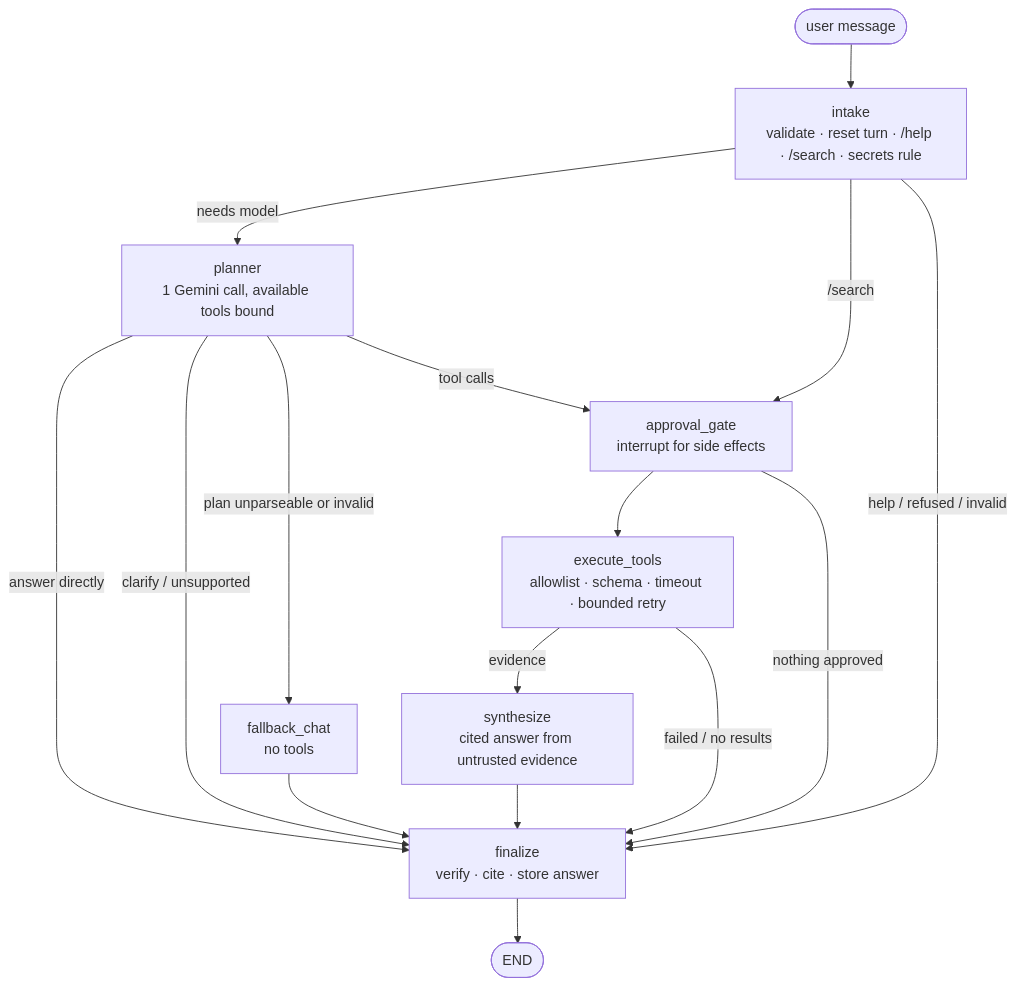
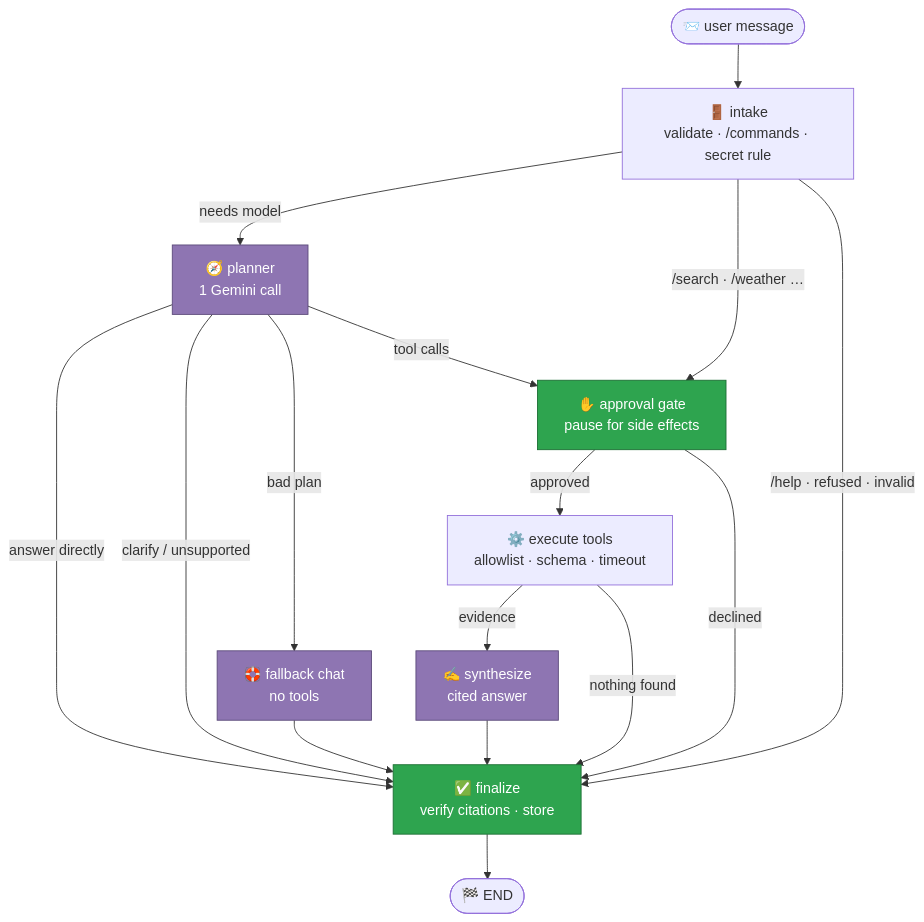
The third of 8 diagrams in README.md (risitasutar/OmniiFlow-AI), drawn with Mermaid before and after one commit. The commit also changed other lines of this file and 1 other file, not shown here.

````diff
--- a/README.md
+++ b/README.md
@@ -718,16 +121,24 @@
 ```mermaid
 flowchart TD
-  S([user message]) --> I[intake<br/>validate · reset turn · /help · /search · secrets rule]
-  I -->|needs model| P[planner<br/>1 Gemini call, available tools bound]
-  I -->|/search| A
-  I -->|help / refused / invalid| F
-  P -->|answer directly| F[finalize<br/>verify · cite · store answer]
+  S([📨 user message]) --> I[🚪 intake<br/>validate · /commands · secret rule]
+  I -->|needs model| P[🧭 planner<br/>1 Gemini call]
+  I -->|/search · /weather …| A
+  I -->|/help · refused · invalid| F
+
+  P -->|answer directly| F
   P -->|clarify / unsupported| F
-  P -->|plan unparseable or invalid| FB[fallback_chat<br/>no tools] --> F
-  P -->|tool calls| A[approval_gate<br/>interrupt for side effects]
-  A --> X[execute_tools<br/>allowlist · schema · timeout · bounded retry]
-  A -->|nothing approved| F
-  X -->|evidence| SY[synthesize<br/>cited answer from untrusted evidence] --> F
-  X -->|failed / no results| F
-  F --> E([END])
+  P -->|bad plan| FB[🛟 fallback chat<br/>no tools] --> F
+  P -->|tool calls| A[✋ approval gate<br/>pause for side effects]
+
+  A -->|approved| X[⚙️ execute tools<br/>allowlist · schema · timeout]
+  A -->|declined| F
+  X -->|evidence| SY[✍️ synthesize<br/>cited answer]
+  X -->|nothing found| F
+  SY --> F[✅ finalize<br/>verify citations · store]
+  F --> E([🏁 END])
+
+  classDef model fill:#8E75B2,color:#fff,stroke:#5b4a7a
+  classDef safe fill:#2EA44F,color:#fff,stroke:#1b6e33
+  class P,SY,FB model
+  class A,F safe
 ```
````
